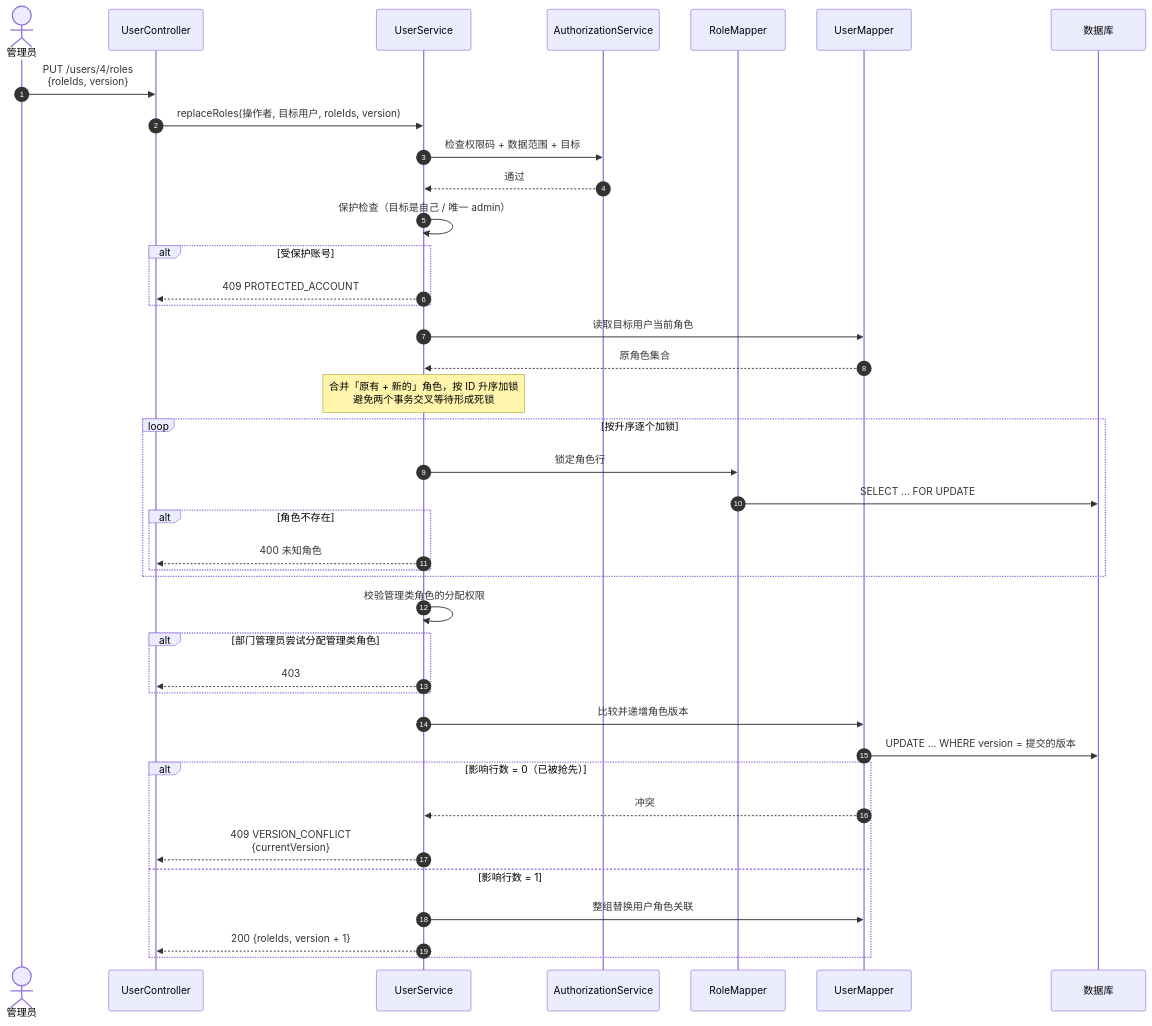
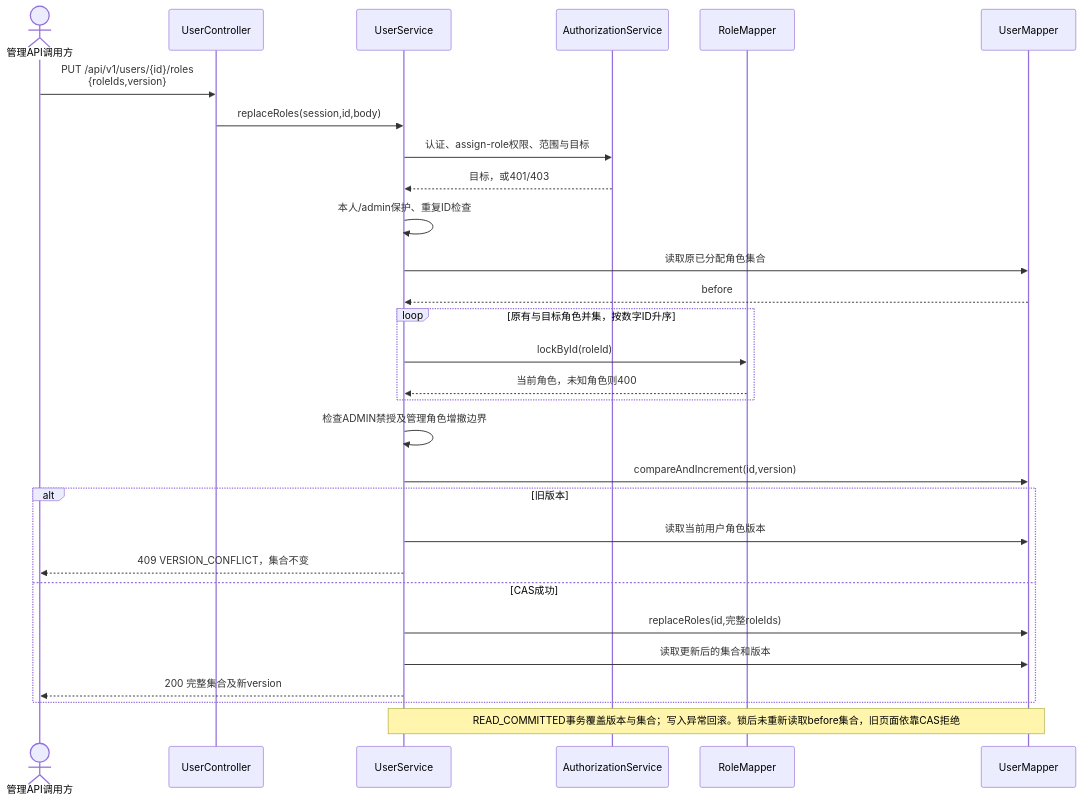
One commit to wenjiu-leng66/OO-d changed the second of 6 diagrams in docs/uml/sequence-diagrams.md. Above: the diagram before and after it, drawn with Mermaid. The commit also changed other lines of this file and 41 other files, not shown here.

````diff
--- a/docs/uml/sequence-diagrams.md
+++ b/docs/uml/sequence-diagrams.md
@@ -62,48 +55,31 @@
 ```mermaid
 sequenceDiagram
-  autonumber
-  actor B as 管理员
+  actor U as 管理API调用方
   participant C as UserController
   participant S as UserService
   participant A as AuthorizationService
   participant R as RoleMapper
   participant M as UserMapper
-  participant DB as 数据库
-
-  B->>C: PUT /users/4/roles<br/>{roleIds, version}
-  C->>S: replaceRoles(操作者, 目标用户, roleIds, version)
-  S->>A: 检查权限码 + 数据范围 + 目标
-  A-->>S: 通过
-
-  S->>S: 保护检查（目标是自己 / 唯一 admin）
-  alt 受保护账号
-    S-->>C: 409 PROTECTED_ACCOUNT
+  U->>C: PUT /api/v1/users/{id}/roles<br/>{roleIds,version}
+  C->>S: replaceRoles(session,id,body)
+  S->>A: 认证、assign-role权限、范围与目标
+  A-->>S: 目标，或401/403
+  S->>S: 本人/admin保护、重复ID检查
+  S->>M: 读取原已分配角色集合
+  M-->>S: before
+  loop 原有与目标角色并集，按数字ID升序
+    S->>R: lockById(roleId)
+    R-->>S: 当前角色，未知角色则400
   end
-
-  S->>M: 读取目标用户当前角色
-  M-->>S: 原角色集合
-
-  Note over S: 合并「原有 + 新的」角色，按 ID 升序加锁<br/>避免两个事务交叉等待形成死锁
-  loop 按升序逐个加锁
-    S->>R: 锁定角色行
-    R->>DB: SELECT ... FOR UPDATE
-    alt 角色不存在
-      S-->>C: 400 未知角色
-    end
+  S->>S: 检查ADMIN禁授及管理角色增撤边界
+  S->>M: compareAndIncrement(id,version)
+  alt 旧版本
+    S->>M: 读取当前用户角色版本
+    S-->>U: 409 VERSION_CONFLICT，集合不变
+  else CAS成功
+    S->>M: replaceRoles(id,完整roleIds)
+    S->>M: 读取更新后的集合和版本
+    S-->>U: 200 完整集合及新version
   end
-
-  S->>S: 校验管理类角色的分配权限
-  alt 部门管理员尝试分配管理类角色
-    S-->>C: 403
-  end
-
-  S->>M: 比较并递增角色版本
-  M->>DB: UPDATE ... WHERE version = 提交的版本
-  alt 影响行数 = 0（已被抢先）
-    M-->>S: 冲突
-    S-->>C: 409 VERSION_CONFLICT<br/>{currentVersion}
-  else 影响行数 = 1
-    S->>M: 整组替换用户角色关联
-    S-->>C: 200 {roleIds, version + 1}
-  end
+  Note over S,M: READ_COMMITTED事务覆盖版本与集合；写入异常回滚。锁后未重新读取before集合，旧页面依靠CAS拒绝
 ```
````
